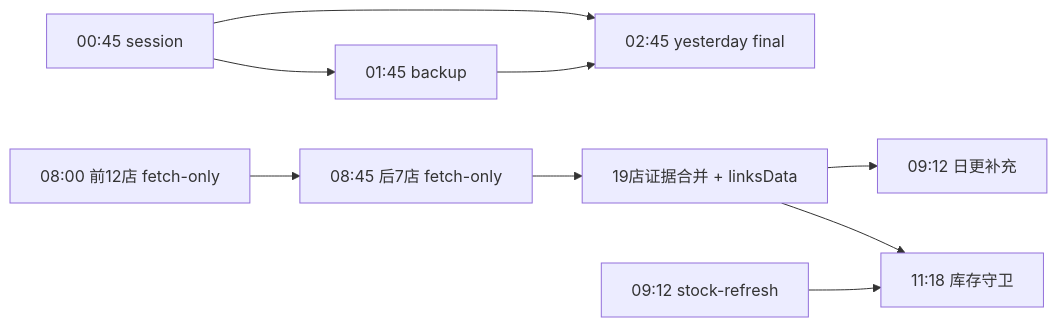
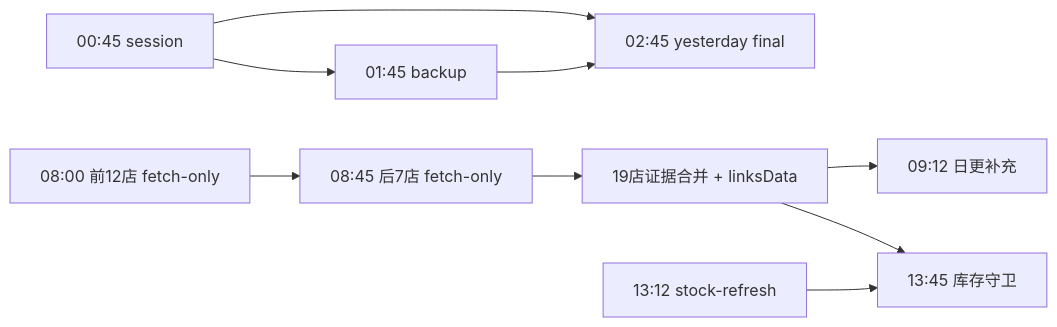
Before and after one commit to dushengyi1993/shein-sales-bi: the diagram in docs/shared-host-resource-schedule.md, drawn with Mermaid. The commit also changed other lines of this file and 9 other files, not shown here.

````diff
--- a/docs/shared-host-resource-schedule.md
+++ b/docs/shared-host-resource-schedule.md
@@ -47,11 +47,11 @@
 ```mermaid
 flowchart LR
   S["00:45 session"] --> B["01:45 backup"]
   S --> Y["02:45 yesterday final"]
   B --> Y
   C1["08:00 前12店 fetch-only"] --> C2["08:45 后7店 fetch-only"]
   C2 --> M["19店证据合并 + linksData"]
   M --> D["09:12 日更补充"]
-  M --> I["11:18 库存守卫"]
-  ST["09:12 stock-refresh"] --> I
+  M --> I["13:45 库存守卫"]
+  ST["13:12 stock-refresh"] --> I
 ```
````
